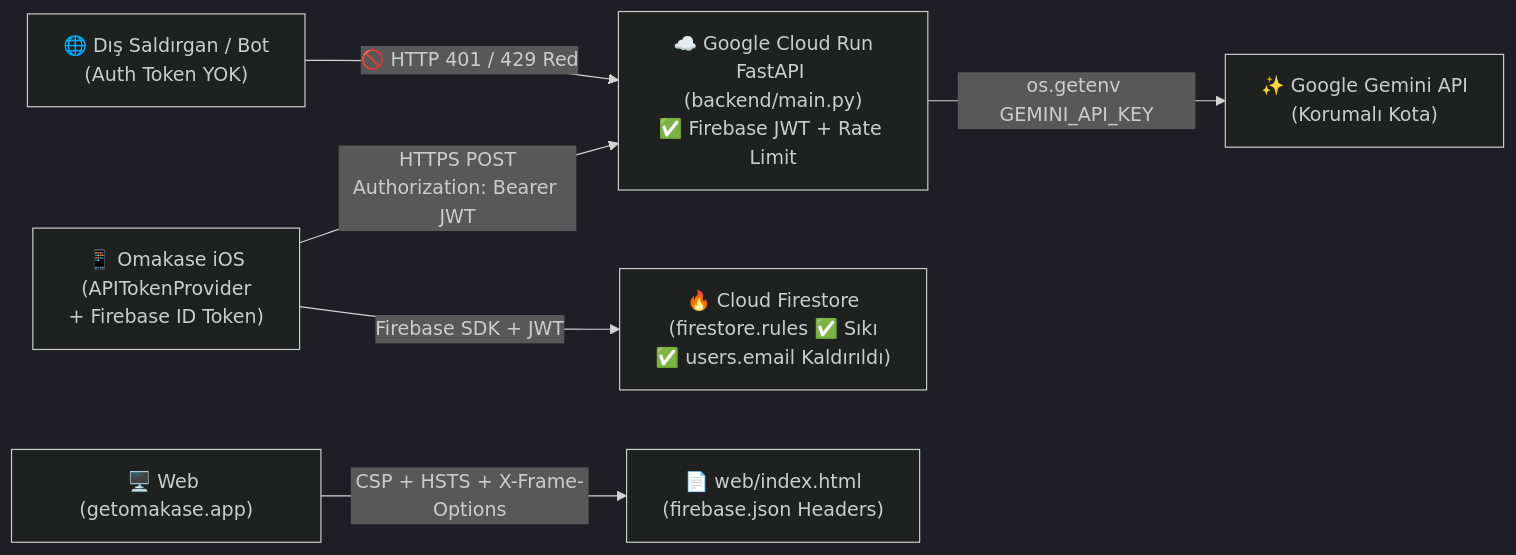
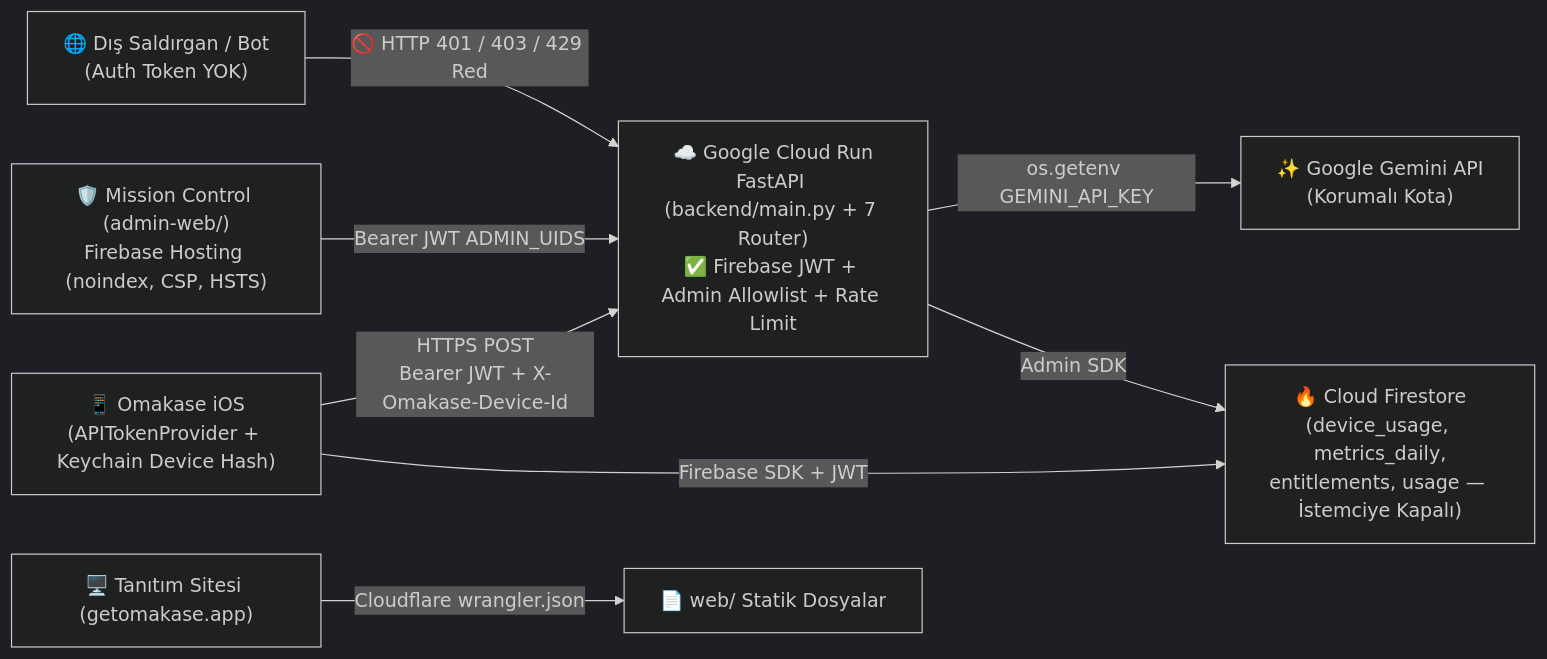
One commit to kuzeysinay/omakase changed the diagram in docs/siber_guvenlik_raporu.md. Above: the diagram before and after it, drawn with Mermaid (dark theme). The commit also changed other lines of this file and 6 other files, not shown here.

````diff
--- a/docs/siber_guvenlik_raporu.md
+++ b/docs/siber_guvenlik_raporu.md
@@ -50,8 +55,10 @@
 ```mermaid
 flowchart LR
-    Attacker["🌐 Dış Saldırgan / Bot<br/>(Auth Token YOK)"] -->|🚫 HTTP 401 / 429 Red| CloudRun["☁️ Google Cloud Run<br/>FastAPI (backend/main.py)<br/>✅ Firebase JWT + Rate Limit"]
-    iOS["📱 Omakase iOS<br/>(APITokenProvider<br/>+ Firebase ID Token)"] -->|HTTPS POST<br/>Authorization: Bearer JWT| CloudRun
+    Attacker["🌐 Dış Saldırgan / Bot<br/>(Auth Token YOK)"] -->|🚫 HTTP 401 / 403 / 429 Red| CloudRun["☁️ Google Cloud Run<br/>FastAPI (backend/main.py + 7 Router)<br/>✅ Firebase JWT + Admin Allowlist + Rate Limit"]
+    iOS["📱 Omakase iOS<br/>(APITokenProvider + Keychain Device Hash)"] -->|HTTPS POST<br/>Bearer JWT + X-Omakase-Device-Id| CloudRun
+    Admin["🛡️ Mission Control (admin-web/)<br/>Firebase Hosting (noindex, CSP, HSTS)"] -->|Bearer JWT ADMIN_UIDS| CloudRun
     CloudRun -->|os.getenv GEMINI_API_KEY| Gemini["✨ Google Gemini API<br/>(Korumalı Kota)"]
-    iOS -->|Firebase SDK + JWT| Firestore["🔥 Cloud Firestore<br/>(firestore.rules ✅ Sıkı<br/>✅ users.email Kaldırıldı)"]
-    Browser["🖥️ Web (getomakase.app)"] -->|CSP + HSTS + X-Frame-Options| WebFiles["📄 web/index.html<br/>(firebase.json Headers)"]
+    CloudRun -->|Admin SDK| Firestore["🔥 Cloud Firestore<br/>(device_usage, metrics_daily,<br/>entitlements, usage — İstemciye Kapalı)"]
+    iOS -->|Firebase SDK + JWT| Firestore
+    Browser["🖥️ Tanıtım Sitesi (getomakase.app)"] -->|Cloudflare wrangler.json| WebFiles["📄 web/ Statik Dosyalar"]
 ```
````
